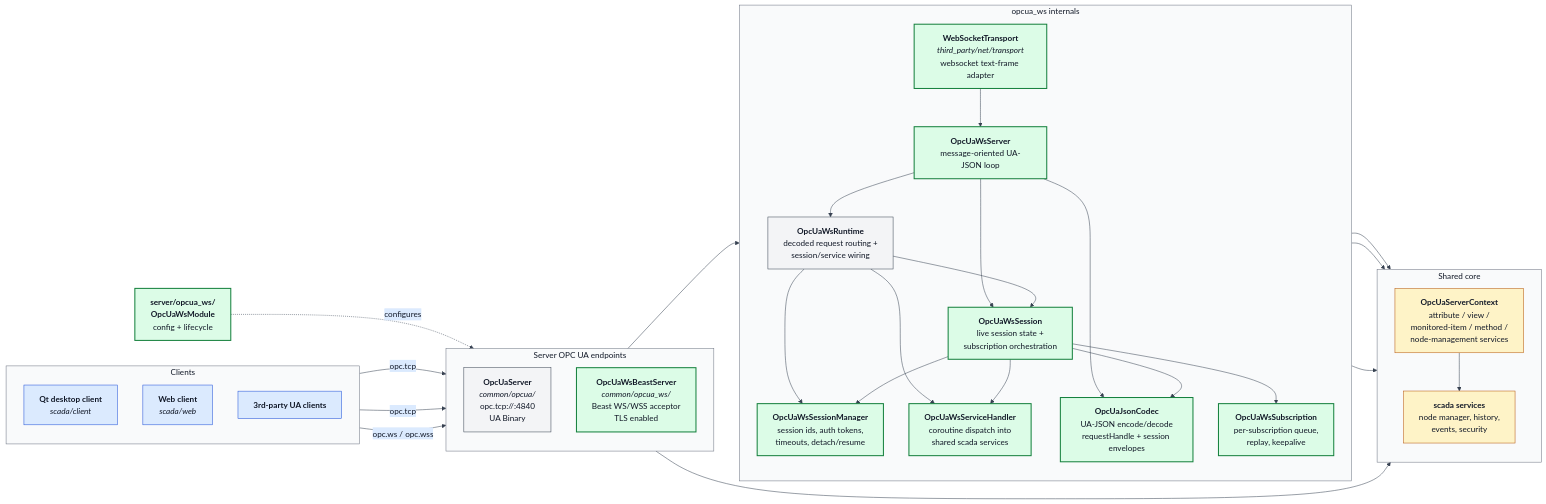
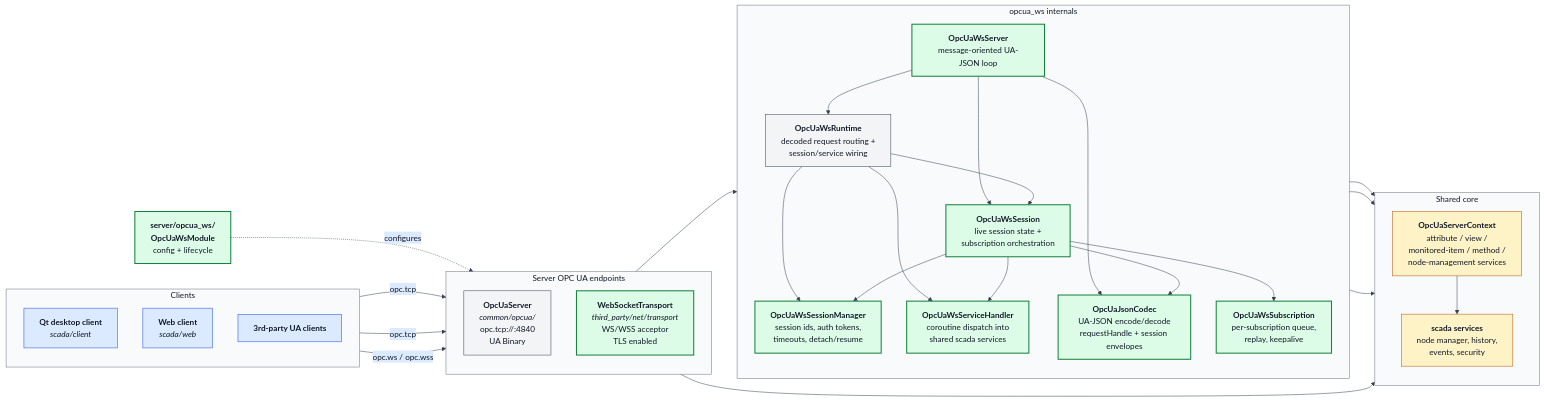
Before and after one commit to alexsmn/scada-common: the diagram in docs/opcua_ws_architecture.mmd, drawn with Mermaid. The commit also changed 9 other files, not shown here.

Commit message:
Migrate OPC UA WS server to websocket transport

```diff
--- a/docs/opcua_ws_architecture.mmd
+++ b/docs/opcua_ws_architecture.mmd
@@ -1,88 +1,86 @@
 %%{init: {
   'theme': 'base',
   'themeVariables': {
     'background': '#ffffff',
     'primaryColor': '#f3f4f6',
     'primaryBorderColor': '#374151',
     'primaryTextColor': '#111827',
     'secondaryColor': '#dbeafe',
     'secondaryBorderColor': '#1d4ed8',
     'secondaryTextColor': '#111827',
     'tertiaryColor': '#fef3c7',
     'tertiaryBorderColor': '#b45309',
     'tertiaryTextColor': '#111827',
     'lineColor': '#374151',
     'defaultLinkColor': '#374151',
     'clusterBkg': '#f9fafb',
     'clusterBorder': '#6b7280',
     'titleColor': '#111827'
   },
   'flowchart': {'htmlLabels': true}
 }}%%
 flowchart LR
     subgraph Clients["Clients"]
         direction TB
         QT["<b>Qt desktop client</b><br/><i>scada/client</i>"]
         WEB["<b>Web client</b><br/><i>scada/web</i>"]
         NATIVE["<b>3rd-party UA clients</b>"]
     end
 
     subgraph Endpoints["Server OPC UA endpoints"]
         direction TB
         TCP["<b>OpcUaServer</b><br/><i>common/opcua/</i><br/>opc.tcp://:4840<br/>UA Binary"]
-        WSSOCK["<b>OpcUaWsBeastServer</b><br/><i>common/opcua_ws/</i><br/>Beast WS/WSS acceptor<br/>TLS enabled"]
+        WSSOCK["<b>WebSocketTransport</b><br/><i>third_party/net/transport</i><br/>WS/WSS acceptor<br/>TLS enabled"]
     end
 
     subgraph WsInternals["opcua_ws internals"]
         direction TB
-        WSTR["<b>WebSocketTransport</b><br/><i>third_party/net/transport</i><br/>websocket text-frame adapter"]
         WS["<b>OpcUaWsServer</b><br/>message-oriented UA-JSON loop"]
         SESS["<b>OpcUaWsSession</b><br/>live session state +<br/>subscription orchestration"]
         RT["<b>OpcUaWsRuntime</b><br/>decoded request routing +<br/>session/service wiring"]
         SMGR["<b>OpcUaWsSessionManager</b><br/>session ids, auth tokens,<br/>timeouts, detach/resume"]
         HANDLER["<b>OpcUaWsServiceHandler</b><br/>coroutine dispatch into<br/>shared scada services"]
         SUB["<b>OpcUaWsSubscription</b><br/>per-subscription queue,<br/>replay, keepalive"]
         CODEC["<b>OpcUaJsonCodec</b><br/>UA-JSON encode/decode<br/>requestHandle + session envelopes"]
     end
 
     subgraph Core["Shared core"]
         direction TB
         CTX["<b>OpcUaServerContext</b><br/>attribute / view /<br/>monitored-item / method /<br/>node-management services"]
         SVC["<b>scada services</b><br/>node manager, history,<br/>events, security"]
     end
 
     MOD["<b>server/opcua_ws/<br/>OpcUaWsModule</b><br/>config + lifecycle"]
 
     QT -->|opc.tcp| TCP
     NATIVE -->|opc.tcp| TCP
     WEB -->|opc.ws / opc.wss| WSSOCK
 
-    WSSOCK --> WSTR
-    WSTR --> WS
+    WSSOCK --> WS
     WS --> SESS
     WS --> RT
     RT --> SESS
     RT --> SMGR
     RT --> HANDLER
     SESS --> SMGR
     SESS --> HANDLER
     WS --> CODEC
     SESS --> SUB
     SESS --> CODEC
     HANDLER --> CTX
     SMGR --> CTX
 
     TCP --> CTX
     WS --> CTX
     CTX --> SVC
 
     MOD -.configures.-> WSSOCK
 
     classDef clientStyle fill:#dbeafe,stroke:#1d4ed8,color:#111827
     classDef newModule fill:#dcfce7,stroke:#15803d,color:#111827,stroke-width:2px
     classDef existing fill:#f3f4f6,stroke:#374151,color:#111827
     classDef core fill:#fef3c7,stroke:#b45309,color:#111827
     class QT,WEB,NATIVE clientStyle
-    class WSSOCK,WSTR,WS,SESS,SMGR,HANDLER,SUB,CODEC,MOD newModule
+    class WSSOCK,WS,SESS,SMGR,HANDLER,SUB,CODEC,MOD newModule
     class TCP existing
     class CTX,SVC core
```
